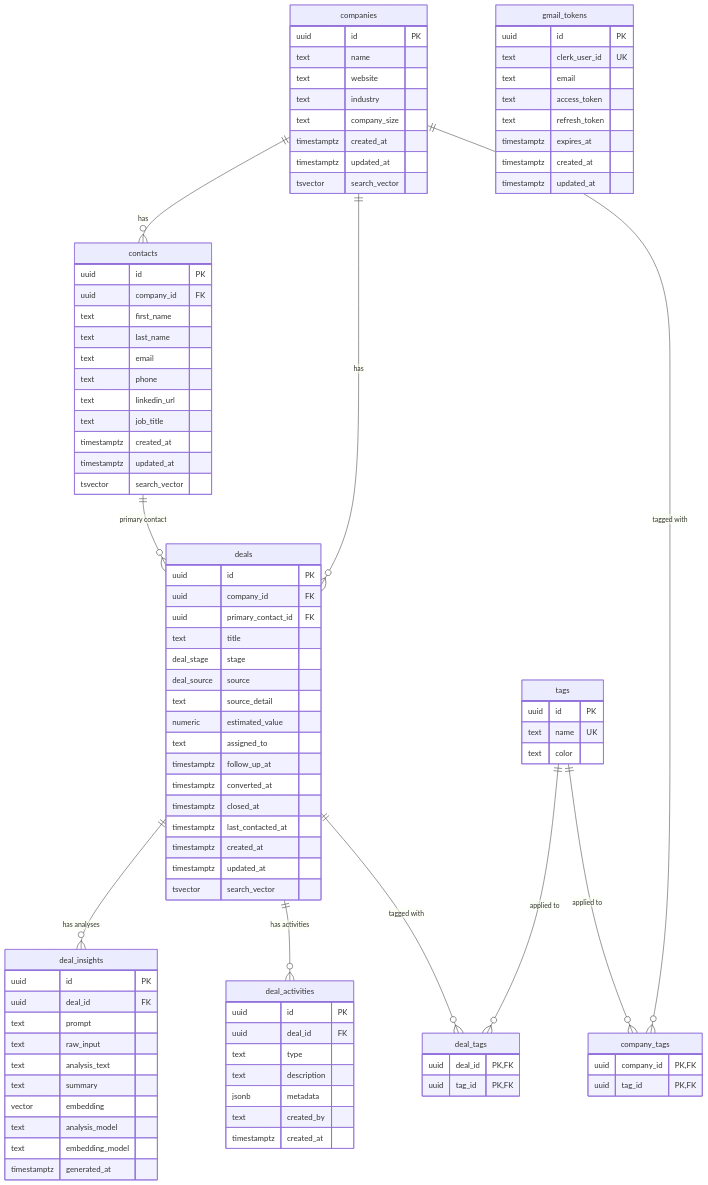
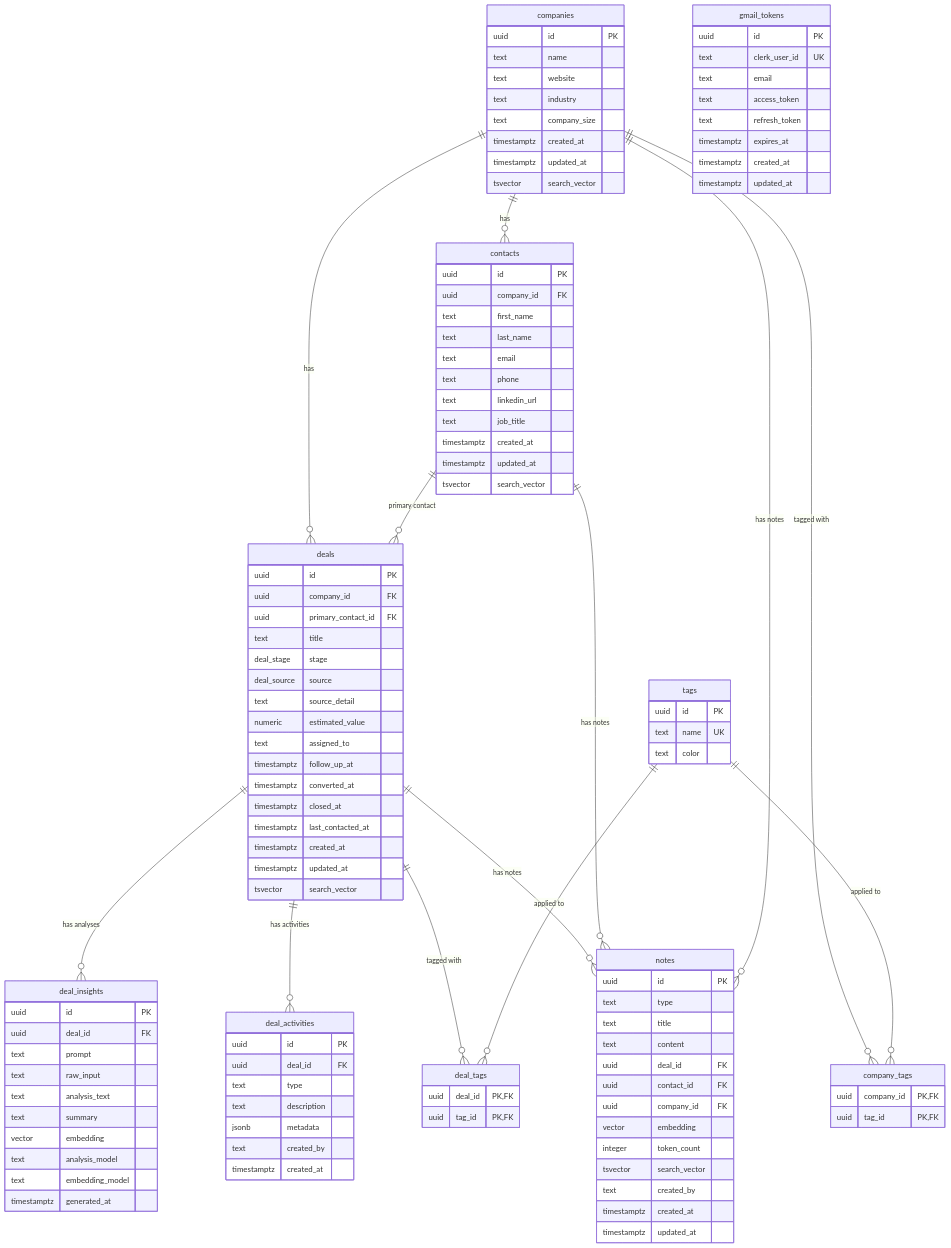
The diagram in docs/data-model.md (wenindoubt/admin.wenindoubt.com), drawn with Mermaid before and after one commit. The commit also changed other lines of this file and 35 other files, not shown here.

First line of the commit message:
feat: centralized notes system with rich text, AI context, semantic retrieval

````diff
--- a/docs/data-model.md
+++ b/docs/data-model.md
@@ -79,6 +79,21 @@
         uuid company_id PK,FK
         uuid tag_id PK,FK
     }
+    notes {
+        uuid id PK
+        text type
+        text title
+        text content
+        uuid deal_id FK
+        uuid contact_id FK
+        uuid company_id FK
+        vector embedding
+        integer token_count
+        tsvector search_vector
+        text created_by
+        timestamptz created_at
+        timestamptz updated_at
+    }
     gmail_tokens {
         uuid id PK
         text clerk_user_id UK
@@ -99,4 +114,7 @@
     companies ||--o{ company_tags : "tagged with"
     tags ||--o{ deal_tags : "applied to"
     tags ||--o{ company_tags : "applied to"
+    deals ||--o{ notes : "has notes"
+    contacts ||--o{ notes : "has notes"
+    companies ||--o{ notes : "has notes"
 ```
````
